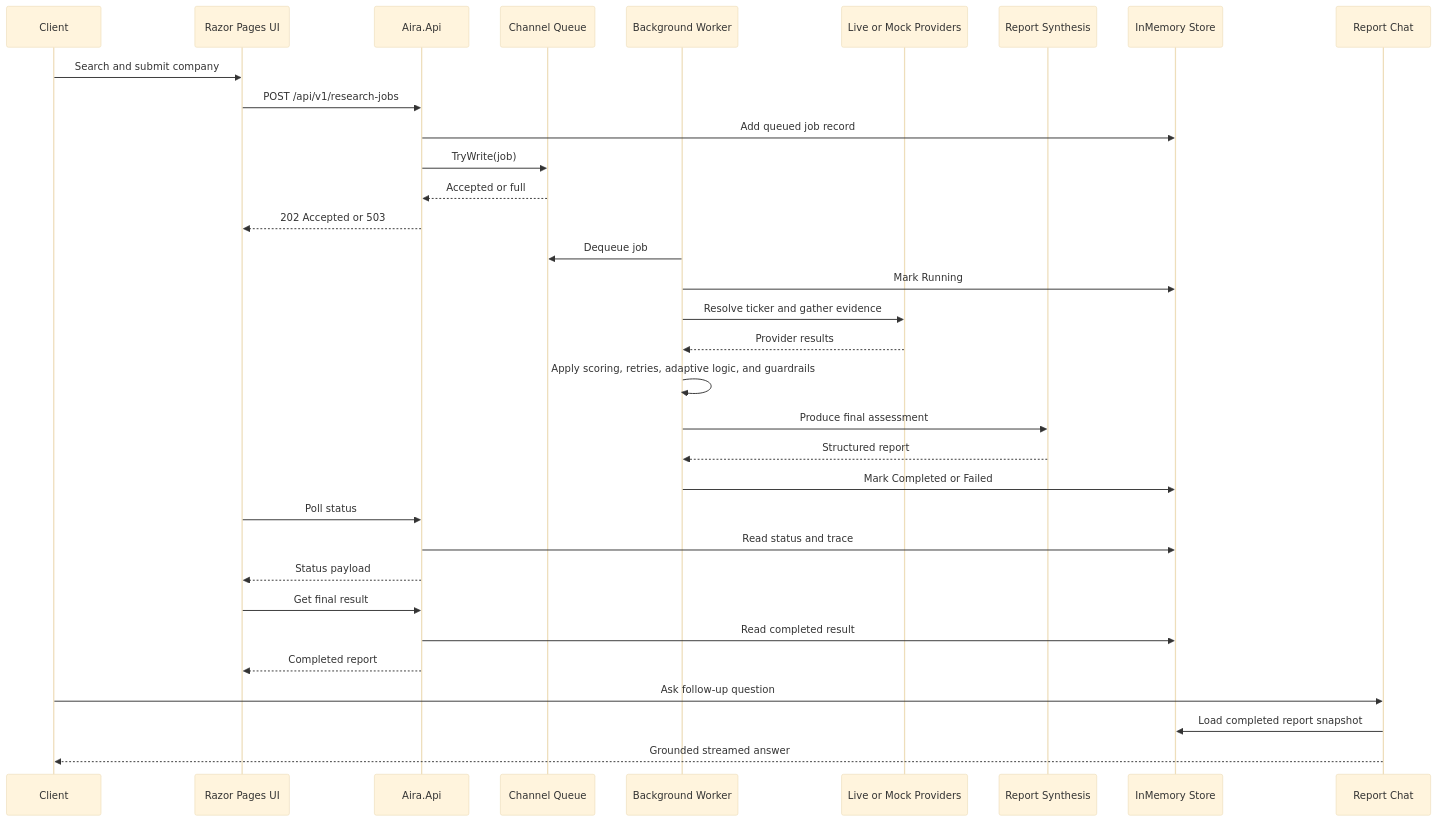
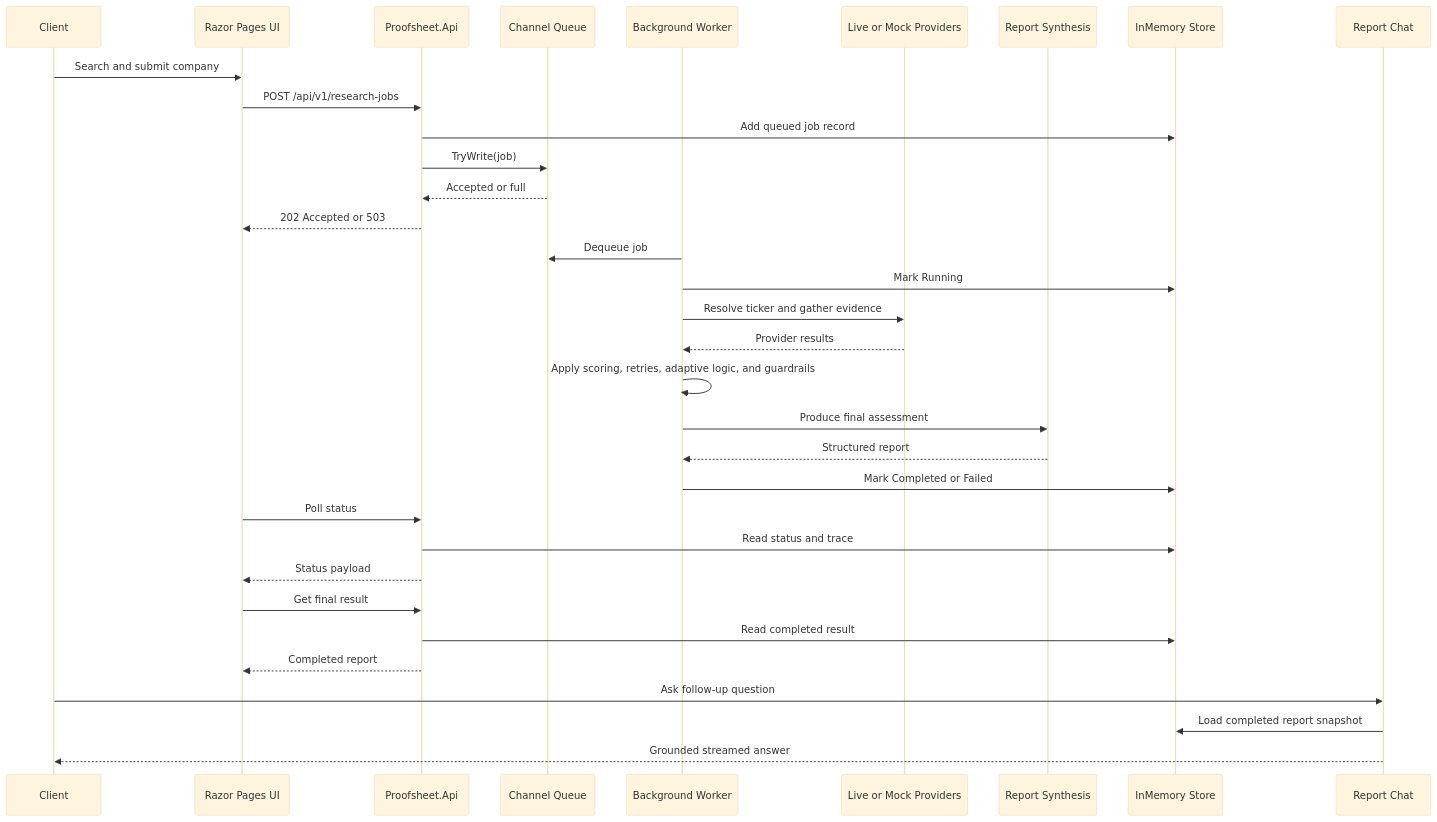
One commit to Eslam93/A.I.R.A changed the diagram in README.md. Above: the diagram before and after it, drawn with Mermaid (base theme). The commit also changed other lines of this file and 415 other files, not shown here.

````diff
--- a/README.md
+++ b/README.md
@@ -1100,40 +1100,40 @@
 ```mermaid
 sequenceDiagram
     participant Client
     participant UI as Razor Pages UI
-    participant API as Aira.Api
+    participant API as Proofsheet.Api
     participant Queue as Channel Queue
     participant Worker as Background Worker
     participant Providers as Live or Mock Providers
     participant Synth as Report Synthesis
     participant Store as InMemory Store
     participant Chat as Report Chat
 
     Client->>UI: Search and submit company
     UI->>API: POST /api/v1/research-jobs
     API->>Store: Add queued job record
     API->>Queue: TryWrite(job)
     Queue-->>API: Accepted or full
     API-->>UI: 202 Accepted or 503
 
     Worker->>Queue: Dequeue job
     Worker->>Store: Mark Running
     Worker->>Providers: Resolve ticker and gather evidence
     Providers-->>Worker: Provider results
     Worker->>Worker: Apply scoring, retries, adaptive logic, and guardrails
     Worker->>Synth: Produce final assessment
     Synth-->>Worker: Structured report
     Worker->>Store: Mark Completed or Failed
 
     UI->>API: Poll status
     API->>Store: Read status and trace
     API-->>UI: Status payload
 
     UI->>API: Get final result
     API->>Store: Read completed result
     API-->>UI: Completed report
 
     Client->>Chat: Ask follow-up question
     Chat->>Store: Load completed report snapshot
     Chat-->>Client: Grounded streamed answer
 ```
````
